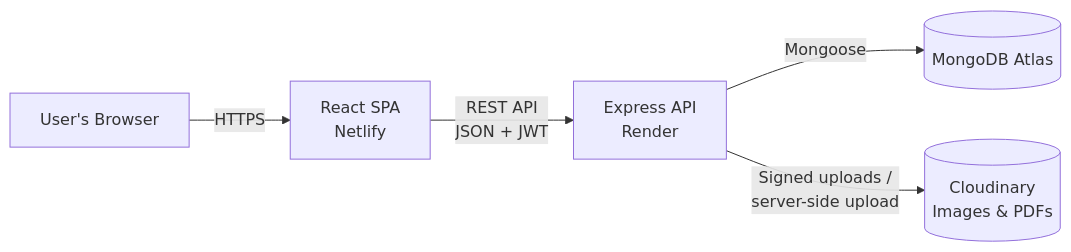
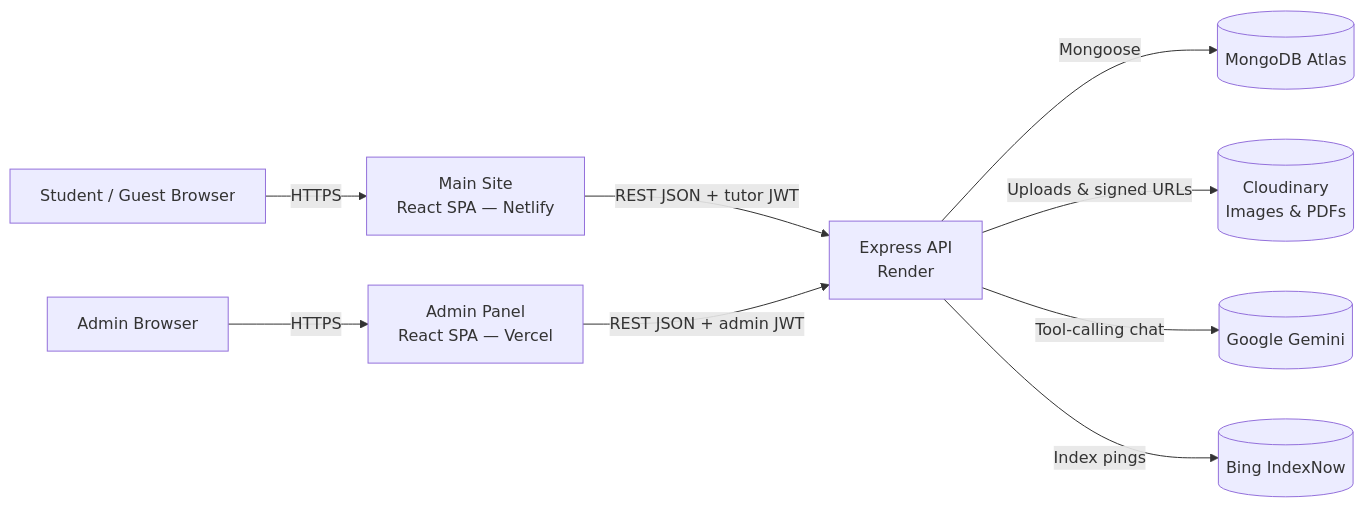
Before and after one commit to AayushSinghRajput/tutionmaster: the diagram in README.md, drawn with Mermaid. The commit also changed other lines of this file, not shown here.

Commit message:
docs: update README to reflect architecture expansion with admin panel, AI integration, Google Auth, and SEO enhancements

````diff
--- a/README.md
+++ b/README.md
@@ -70,7 +110,13 @@
 ```mermaid
 graph LR
-    User[User's Browser] -->|HTTPS| Frontend[React SPA<br/>Netlify]
-    Frontend -->|REST API<br/>JSON + JWT| Backend[Express API<br/>Render]
+    Student[Student / Guest Browser] -->|HTTPS| Frontend[Main Site<br/>React SPA — Netlify]
+    Staff[Admin Browser] -->|HTTPS| AdminClient[Admin Panel<br/>React SPA — Vercel]
+
+    Frontend -->|REST JSON + tutor JWT| Backend[Express API<br/>Render]
+    AdminClient -->|REST JSON + admin JWT| Backend
+
     Backend -->|Mongoose| DB[(MongoDB Atlas)]
-    Backend -->|Signed uploads /<br/>server-side upload| Cloudinary[(Cloudinary<br/>Images & PDFs)]
+    Backend -->|Uploads & signed URLs| Cloudinary[(Cloudinary<br/>Images & PDFs)]
+    Backend -->|Tool-calling chat| Gemini[(Google Gemini)]
+    Backend -->|Index pings| IndexNow[(Bing IndexNow)]
 ```
````
